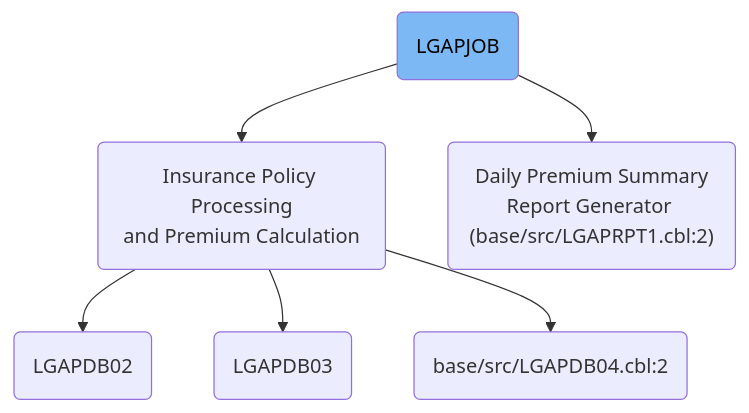
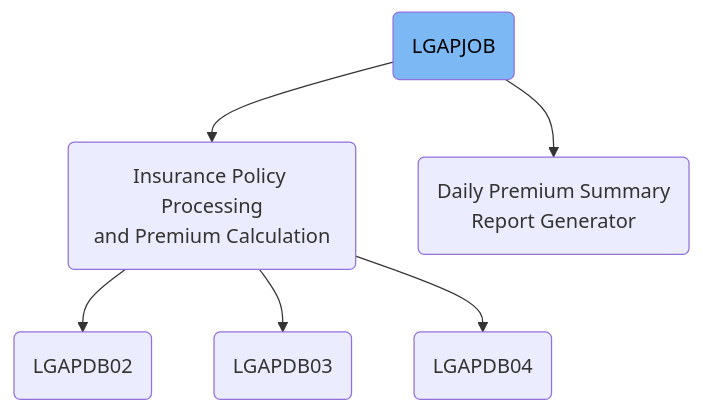
One commit to Swimm-Demo/cics-genapp-demo-ms changed the first of 2 diagrams in .swm/insurance-premium-calculation-workflow-lgapjob.7ovqiewi.sw.md. Above: the diagram before and after it, drawn with Mermaid. The commit also changed other lines of this file, not shown here.

````diff
--- a/.swm/insurance-premium-calculation-workflow-lgapjob.7ovqiewi.sw.md
+++ b/.swm/insurance-premium-calculation-workflow-lgapjob.7ovqiewi.sw.md
@@ -8,62 +8,60 @@
 ```mermaid
 graph TD
   
   zclat("LGAPJOB"):::currentEntity --> 9oxx0("Insurance Policy Processing
 and Premium Calculation")
 click 9oxx0 openDoc ".swm/insurance-policy-processing-and-premium-calculation.t96is.sw.md"
 9oxx0 --> fhxms(LGAPDB02)
 
 click fhxms openCode "base/src/LGAPDB02.cbl:1"
   
   
 9oxx0--> s9zv9(LGAPDB03)
-click s9zv9 openCode "
-base/src/LGAPDB03.cbl:1"
+click s9zv9 openCode "base/src/LGAPDB03.cbl:1"
   
   
-9oxx0 --> 54mcs( base/src/LGAPDB04.cbl:2)
+9oxx0 --> 54mcs(LGAPDB04)
 click 54mcs openCode "base/src/LGAPDB04.cbl:1"
   
   
   
 zclat("LGAPJOB"):::currentEntity --> awax4("Daily Premium Summary
-Report Generator (base/src/LGAPRPT1.cbl:2)
-")
+Report Generator")
 click awax4 openCode "base/src/LGAPRPT1.cbl:1"
   
   
   
 click zclat openCode "base/cntl/lgapjob.jcl:1"
     classDef currentEntity color:#000000,fill:#7CB9F4
 
 %% Swimm:
 %% graph TD
 %%   
 %%   zclat("LGAPJOB"):::currentEntity --> 9oxx0("Insurance Policy Processing
 %% and Premium Calculation")
 %% click 9oxx0 openDoc ".swm/insurance-policy-processing-and-premium-calculation.t96is.sw.md"
 %% 9oxx0 --> fhxms(<SwmToken path="/base/src/LGAPDB02.cbl" pos="2:6:6" line-data="       PROGRAM-ID. LGAPDB02." repo-id="Z2l0aHViJTNBJTNBY2ljcy1nZW5hcHAtZGVtbyUzQSUzQXN3aW1taW8=" repo-name="cics-genapp-demo">`LGAPDB02`</SwmToken>)
 %% 
 %% click fhxms openCode "<SwmPath repo-id="Z2l0aHViJTNBJTNBY2ljcy1nZW5hcHAtZGVtbyUzQSUzQXN3aW1taW8=" repo-name="cics-genapp-demo" path="/base/src/LGAPDB02.cbl">`(cics-genapp-demo) base/src/LGAPDB02.cbl`</SwmPath>:1"
 %%   
 %%   
 %% 9oxx0--> s9zv9(<SwmToken path="/base/src/LGAPDB03.cbl" pos="2:6:6" line-data="       PROGRAM-ID. LGAPDB03." repo-id="Z2l0aHViJTNBJTNBY2ljcy1nZW5hcHAtZGVtbyUzQSUzQXN3aW1taW8=" repo-name="cics-genapp-demo">`LGAPDB03`</SwmToken>)
 %% click s9zv9 openCode "
 %% <SwmPath repo-id="Z2l0aHViJTNBJTNBY2ljcy1nZW5hcHAtZGVtbyUzQSUzQXN3aW1taW8=" repo-name="cics-genapp-demo" path="/base/src/LGAPDB03.cbl">`(cics-genapp-demo) base/src/LGAPDB03.cbl`</SwmPath>:1"
 %%   
 %%   
-%% 9oxx0 --> 54mcs( <SwmToken path="/base/src/LGAPDB04.cbl" pos="2:6:6" line-data="       PROGRAM-ID. LGAPDB04." repo-id="Z2l0aHViJTNBJTNBY2ljcy1nZW5hcHAtZGVtbyUzQSUzQXN3aW1taW8=" repo-name="cics-genapp-demo">`LGAPDB04`</SwmToken>)
+%% 9oxx0 --> 54mcs(LGAPDB04)
 %% click 54mcs openCode "<SwmPath repo-id="Z2l0aHViJTNBJTNBY2ljcy1nZW5hcHAtZGVtbyUzQSUzQXN3aW1taW8=" repo-name="cics-genapp-demo" path="/base/src/LGAPDB04.cbl">`(cics-genapp-demo) base/src/LGAPDB04.cbl`</SwmPath>:1"
 %%   
 %%   
 %%   
 %% zclat("LGAPJOB"):::currentEntity --> awax4("Daily Premium Summary
-%% Report Generator (<SwmToken path="/base/src/LGAPRPT1.cbl" pos="2:6:6" line-data="       PROGRAM-ID. LGAPRPT1." repo-id="Z2l0aHViJTNBJTNBY2ljcy1nZW5hcHAtZGVtbyUzQSUzQXN3aW1taW8=" repo-name="cics-genapp-demo">`LGAPRPT1`</SwmToken>)
-%% ")
+%% Report Generator")
+%% 
 %% click awax4 openCode "<SwmPath repo-id="Z2l0aHViJTNBJTNBY2ljcy1nZW5hcHAtZGVtbyUzQSUzQXN3aW1taW8=" repo-name="cics-genapp-demo" path="/base/src/LGAPRPT1.cbl">`(cics-genapp-demo) base/src/LGAPRPT1.cbl`</SwmPath>:1"
 %%   
 %%   
 %%   
 %% click zclat openCode "<SwmPath repo-id="Z2l0aHViJTNBJTNBY2ljcy1nZW5hcHAtZGVtbyUzQSUzQXN3aW1taW8=" repo-name="cics-genapp-demo" path="/base/cntl/lgapjob.jcl">`(cics-genapp-demo) base/cntl/lgapjob.jcl`</SwmPath>:1"
 %%     classDef currentEntity color:#000000,fill:#7CB9F4
 ```
````
